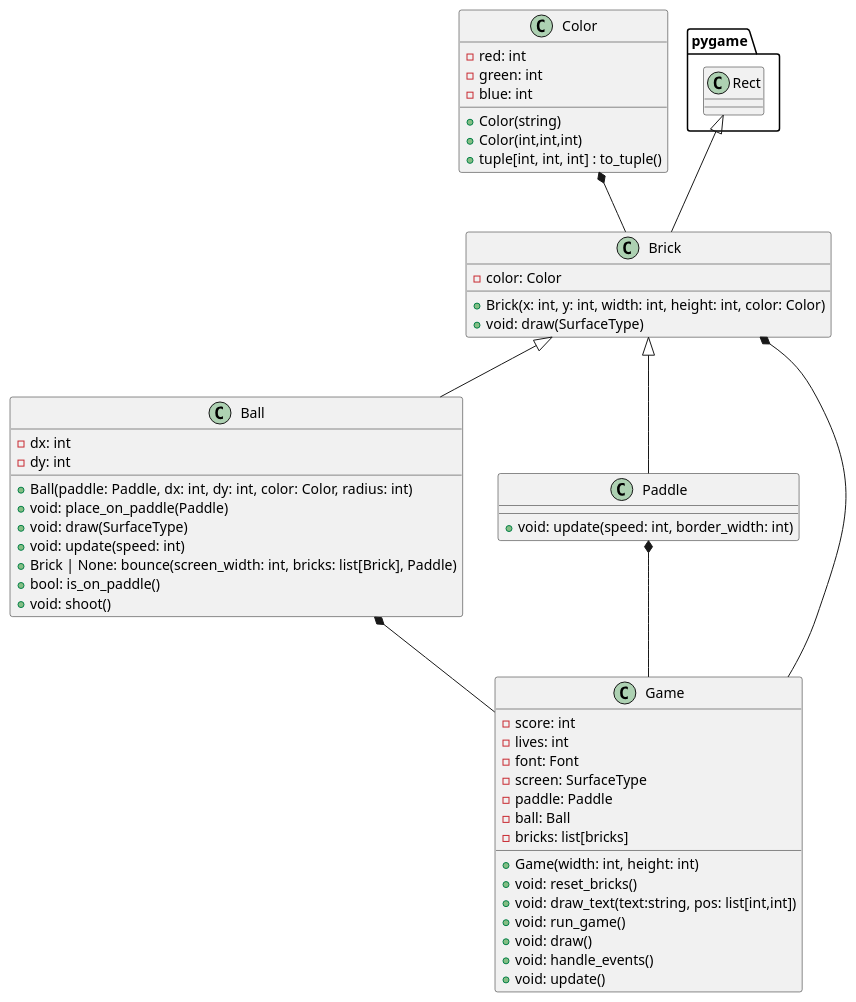
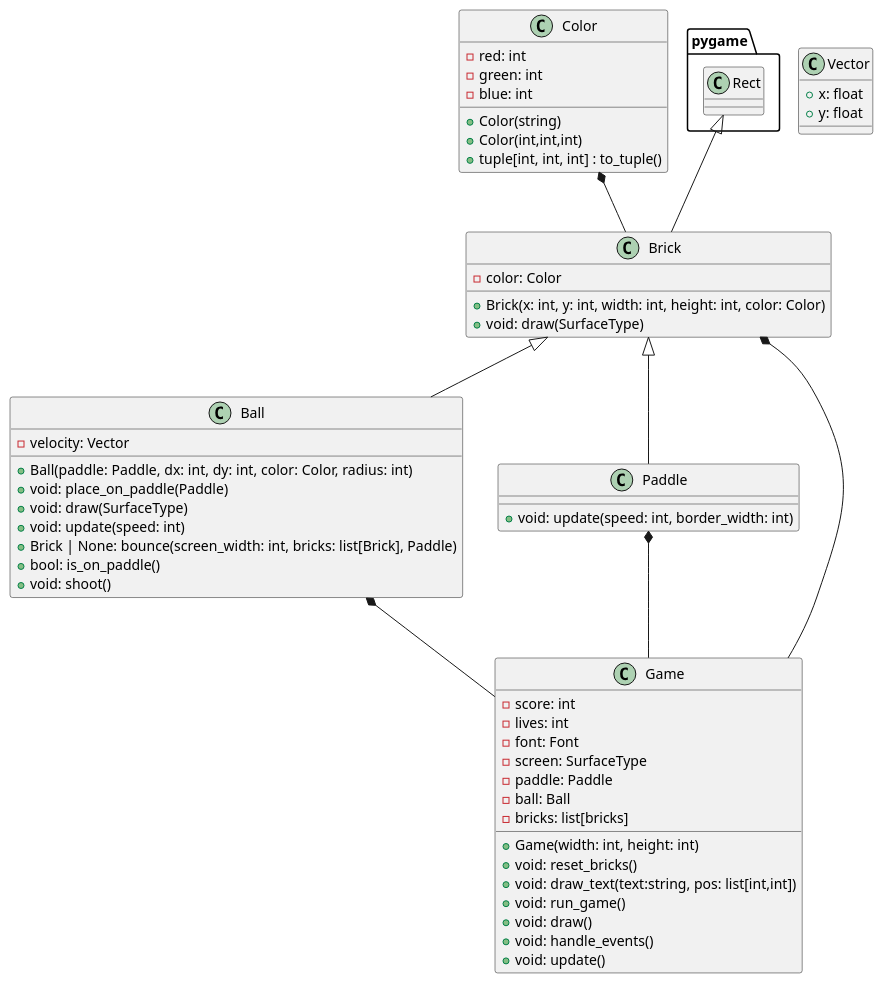
Before and after one commit to CodingChem/Breakout: the diagram in class_diagram.puml, drawn with PlantUML. The commit also changed 1 other file, not shown here.

Commit message:
Added vector class to represent velocity

```diff
--- a/class_diagram.puml
+++ b/class_diagram.puml
@@ -1,53 +1,56 @@
 @startuml class diagram
 class Ball {
-    - dx: int
-    - dy: int
+    - velocity: Vector
     + Ball(paddle: Paddle, dx: int, dy: int, color: Color, radius: int)
     + void: place_on_paddle(Paddle)
     + void: draw(SurfaceType)
     + void: update(speed: int)
     + Brick | None: bounce(screen_width: int, bricks: list[Brick], Paddle)
     + bool: is_on_paddle()
     + void: shoot()
 }
 class Brick {
     - color: Color
     + Brick(x: int, y: int, width: int, height: int, color: Color)
     + void: draw(SurfaceType)
 }
 class Paddle {
     + void: update(speed: int, border_width: int)
 }
 class Game {
     - score: int
     - lives: int
     - font: Font
     - screen: SurfaceType
     - paddle: Paddle
     - ball: Ball
     - bricks: list[bricks]
     + Game(width: int, height: int)
     + void: reset_bricks()
     + void: draw_text(text:string, pos: list[int,int])
     + void: run_game()
     + void: draw()
     + void: handle_events()
     + void: update()
 }
 class Color {
     - red: int
     - green: int
     - blue: int
     + Color(string)
     + Color(int,int,int)
     + tuple[int, int, int] : to_tuple()
 }
+class Vector {
+    + x: float
+    + y: float
+}
 
 pygame.Rect <|-- Brick
 Color *-- Brick
 Brick <|-- Ball
 Brick <|-- Paddle
 Ball *-- Game
 Paddle *-- Game
 Brick *-- Game
 @enduml
```
